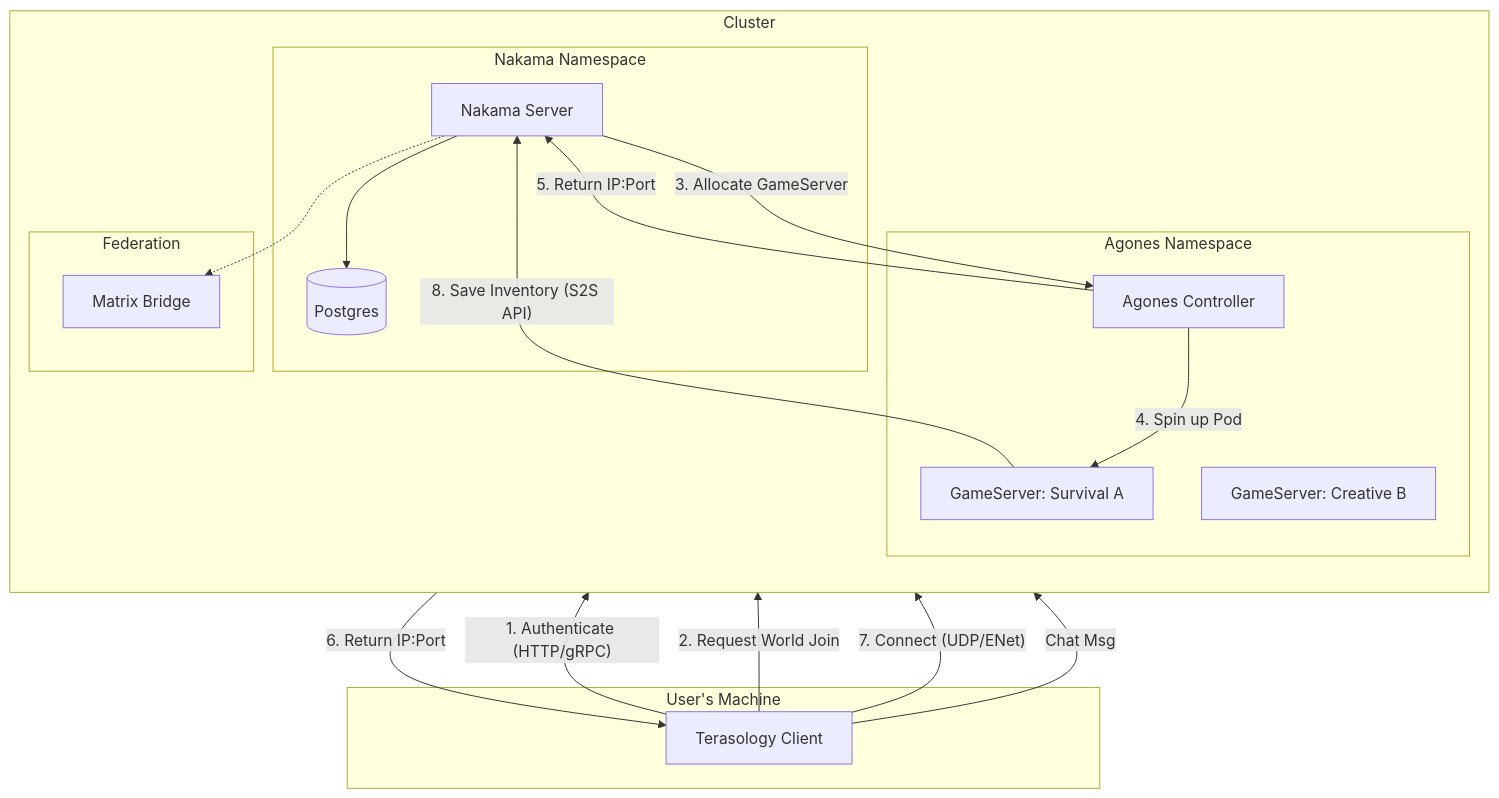
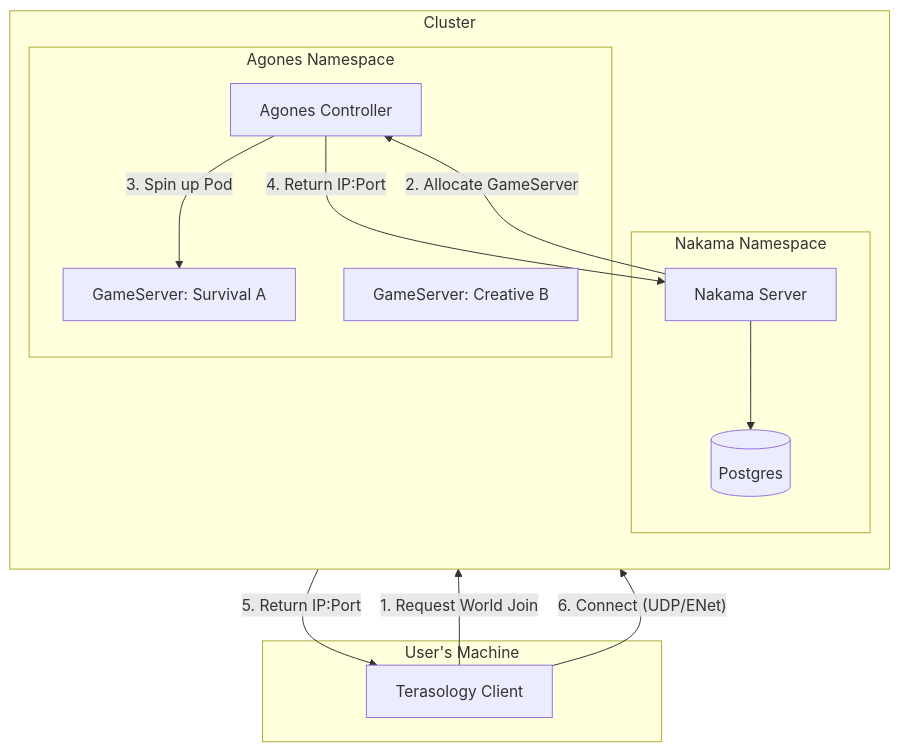
The second of 2 diagrams in with-nakama-and-agones.md (SiliconSaga/bifrost), drawn with Mermaid before and after one commit. The commit also changed other lines of this file, not shown here.

````diff
--- a/with-nakama-and-agones.md
+++ b/with-nakama-and-agones.md
@@ -71,46 +233,32 @@
 ```mermaid
 graph TD
     subgraph Client [User's Machine]
         TC[Terasology Client]
     end
 
     subgraph Cluster
         direction TB
         
         subgraph Control_Plane [Nakama Namespace]
             NK[Nakama Server]
             DB[(Postgres)]
             NK --> DB
         end
         
         subgraph Game_Fleet [Agones Namespace]
             AG[Agones Controller]
             GS1[GameServer: Survival A]
             GS2[GameServer: Creative B]
         end
-        
-        subgraph Federation
-            MX[Matrix Bridge]
-        end
     end
 
-    %% Auth Flow
-    TC -- 1. Authenticate (HTTP/gRPC) --> NK
-    
     %% Matchmaking Flow
-    TC -- 2. Request World Join --> NK
-    NK -- 3. Allocate GameServer --> AG
-    AG -- 4. Spin up Pod --> GS1
-    AG -- 5. Return IP:Port --> NK
-    NK -- 6. Return IP:Port --> TC
+    TC -- 1. Request World Join --> NK
+    NK -- 2. Allocate GameServer --> AG
+    AG -- 3. Spin up Pod --> GS1
+    AG -- 4. Return IP:Port --> NK
+    NK -- 5. Return IP:Port --> TC
     
     %% Gameplay Flow
-    TC -- 7. Connect (UDP/ENet) --> GS1
-    
-    %% Persistence Flow (Async)
-    GS1 -- 8. Save Inventory (S2S API) --> NK
-    
-    %% Chat Flow
-    TC -- Chat Msg --> NK
-    NK -.-> MX
+    TC -- 6. Connect (UDP/ENet) --> GS1
 ```
````
